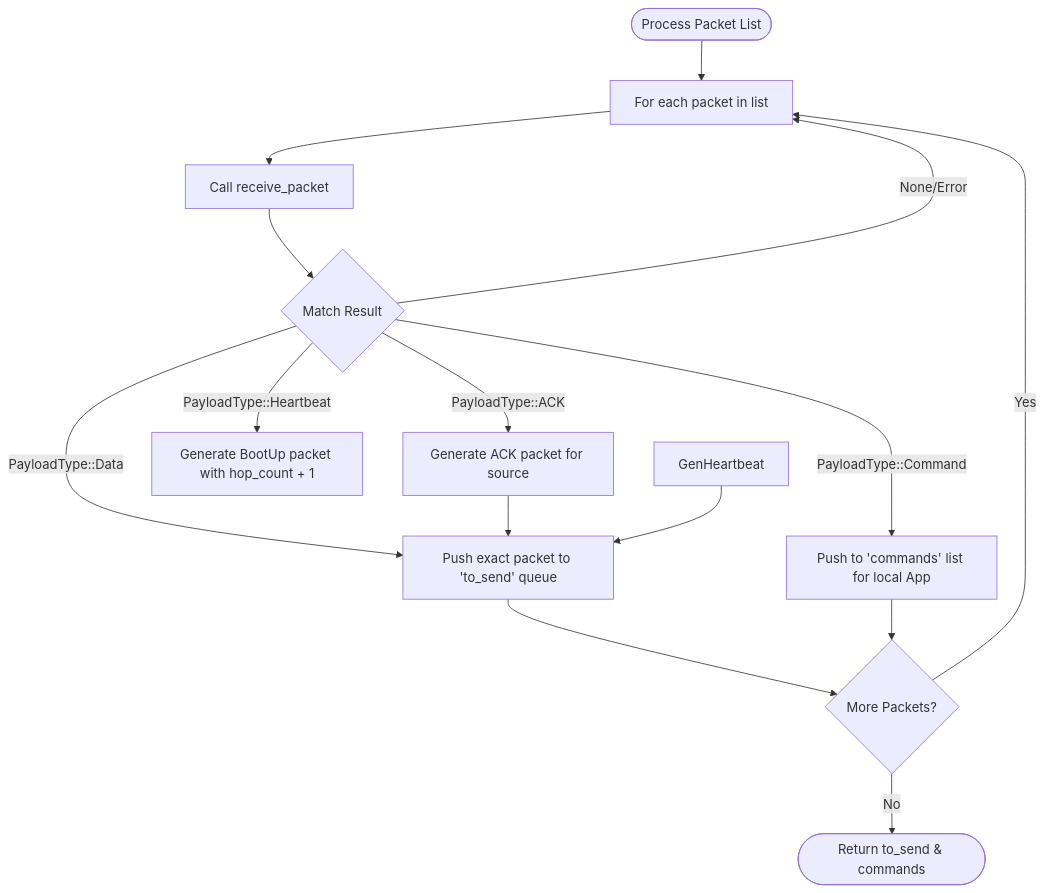
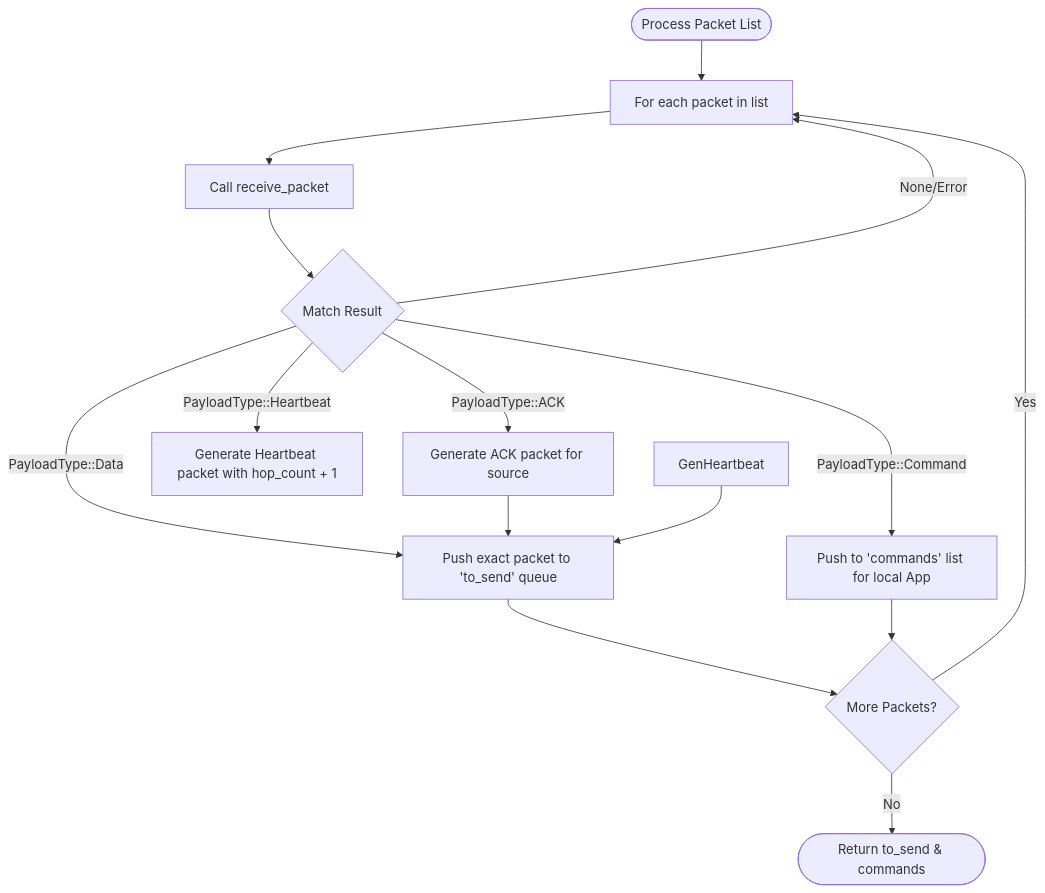
Before and after one commit to jakobolason/must-hop: the second of 2 diagrams in must-hop/src/node/nm.md, drawn with Mermaid. The commit also changed other lines of this file and 9 other files, not shown here.

````diff
--- a/must-hop/src/node/nm.md
+++ b/must-hop/src/node/nm.md
@@ -53,19 +53,19 @@
 ```mermaid
 graph TD
     Start([Process Packet List]) --> Loop[For each packet in list]
     Loop --> CallReceive[Call receive_packet]
     CallReceive --> MatchResult{Match Result}
 
     MatchResult -- None/Error --> Loop
     MatchResult -- PayloadType::Data --> PushToSend[Push exact packet to 'to_send' queue]
     MatchResult -- PayloadType::Command --> PushToCommand[Push to 'commands' list for local App]
     MatchResult -- PayloadType::ACK --> GenAck[Generate ACK packet for source]
-    MatchResult -- PayloadType::Heartbeat --> GenBootup[Generate BootUp packet with hop_count + 1]
+    MatchResult -- PayloadType::Heartbeat --> GenBootup[Generate Heartbeat packet with hop_count + 1]
 
     GenAck --> PushToSend
     GenHeartbeat --> PushToSend
     PushToSend --> EndLoop{More Packets?}
     PushToCommand --> EndLoop
     EndLoop -- Yes --> Loop
     EndLoop -- No --> End([Return to_send & commands])
 ```
````
